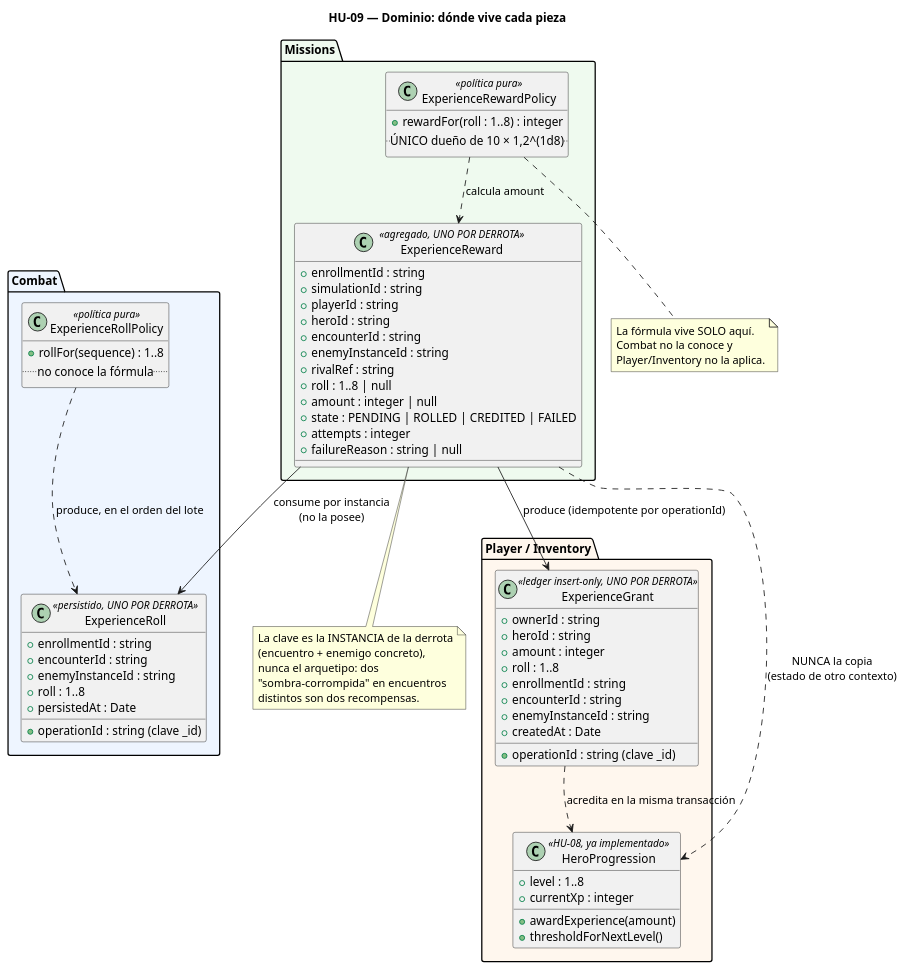
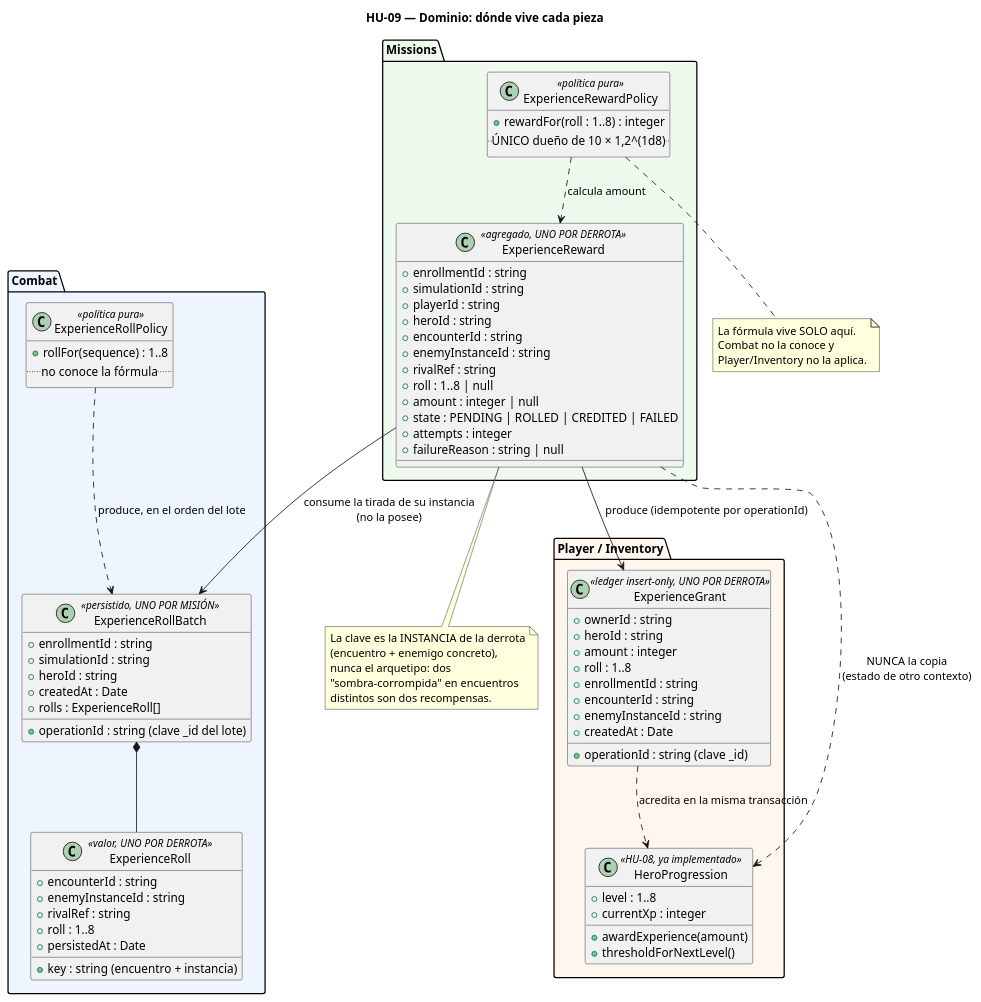
One commit to Nexus-Battle-VI/Nexus-Battle-Infrastructure changed the diagram in docs/diagrams/hu-09-domain.puml. Above: the diagram before and after it, drawn with PlantUML. The commit also changed 3 other files, not shown here.

```diff
--- a/docs/diagrams/hu-09-domain.puml
+++ b/docs/diagrams/hu-09-domain.puml
@@ -1,80 +1,89 @@
 @startuml hu-09-domain
 title HU-09 — Dominio: dónde vive cada pieza
 
 package "Combat" #EEF5FF {
   class ExperienceRollPolicy <<política pura>> {
     + rollFor(sequence) : 1..8
     ..no conoce la fórmula..
   }
-  class ExperienceRoll <<persistido, UNO POR DERROTA>> {
-    + operationId : string (clave _id)
+  class ExperienceRollBatch <<persistido, UNO POR MISIÓN>> {
+    + operationId : string (clave _id del lote)
     + enrollmentId : string
+    + simulationId : string
+    + heroId : string
+    + createdAt : Date
+    + rolls : ExperienceRoll[]
+  }
+  class ExperienceRoll <<valor, UNO POR DERROTA>> {
+    + key : string (encuentro + instancia)
     + encounterId : string
     + enemyInstanceId : string
+    + rivalRef : string
     + roll : 1..8
     + persistedAt : Date
   }
-  ExperienceRollPolicy ..> ExperienceRoll : produce, en el orden del lote
+  ExperienceRollBatch *-- ExperienceRoll
+  ExperienceRollPolicy ..> ExperienceRollBatch : produce, en el orden del lote
 }
 
 package "Missions" #EFFAEF {
   class ExperienceReward <<agregado, UNO POR DERROTA>> {
     + enrollmentId : string
     + simulationId : string
     + playerId : string
     + heroId : string
     + encounterId : string
     + enemyInstanceId : string
     + rivalRef : string
     + roll : 1..8 | null
     + amount : integer | null
     + state : PENDING | ROLLED | CREDITED | FAILED
     + attempts : integer
     + failureReason : string | null
   }
   class ExperienceRewardPolicy <<política pura>> {
     + rewardFor(roll : 1..8) : integer
     ..ÚNICO dueño de 10 × 1,2^(1d8)..
   }
   ExperienceRewardPolicy ..> ExperienceReward : calcula amount
 }
 
 package "Player / Inventory" #FFF7EE {
   class ExperienceGrant <<ledger insert-only, UNO POR DERROTA>> {
     + operationId : string (clave _id)
     + ownerId : string
     + heroId : string
     + amount : integer
     + roll : 1..8
     + enrollmentId : string
     + encounterId : string
     + enemyInstanceId : string
     + createdAt : Date
   }
   class HeroProgression <<HU-08, ya implementado>> {
     + level : 1..8
     + currentXp : integer
     + awardExperience(amount)
     + thresholdForNextLevel()
   }
   ExperienceGrant ..> HeroProgression : acredita en la misma transacción
 }
 
-ExperienceReward --> ExperienceRoll : consume por instancia\n(no la posee)
+ExperienceReward --> ExperienceRollBatch : consume la tirada de su instancia\n(no la posee)
 ExperienceReward --> ExperienceGrant : produce (idempotente por operationId)
 ExperienceReward ..> HeroProgression : NUNCA la copia\n(estado de otro contexto)
 
 note bottom of ExperienceReward
   La clave es la INSTANCIA de la derrota
   (encuentro + enemigo concreto),
   nunca el arquetipo: dos
   "sombra-corrompida" en encuentros
   distintos son dos recompensas.
 end note
 
 note bottom of ExperienceRewardPolicy
   La fórmula vive SOLO aquí.
   Combat no la conoce y
   Player/Inventory no la aplica.
 end note
 @enduml
```
